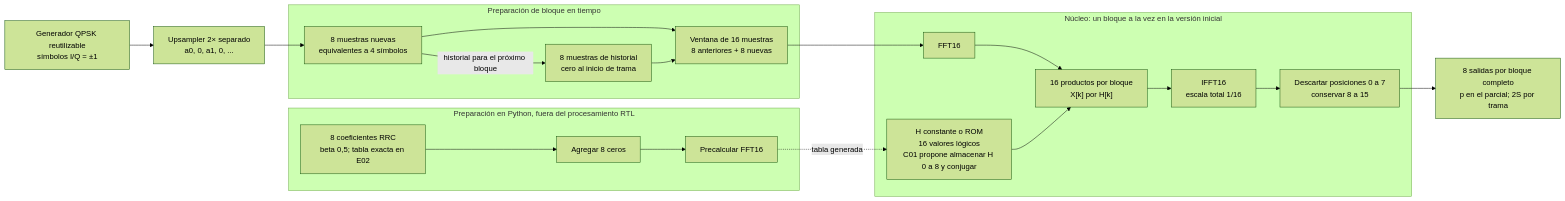
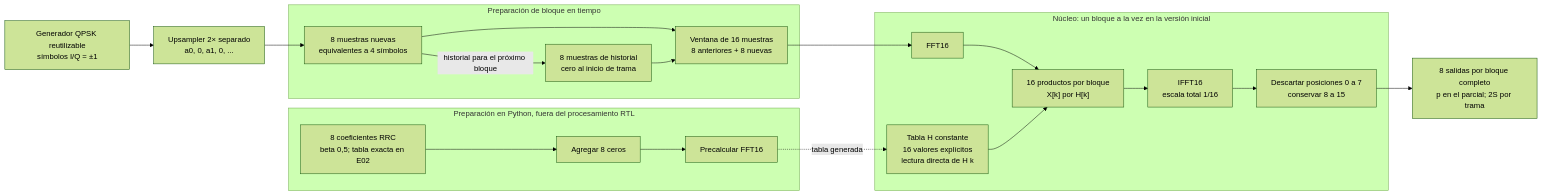
The diagram in docs/frecuencia/general_diagram.md (EnzoFernandezz11/rrc-fir-rtl), drawn with Mermaid (forest theme) before and after one commit. The commit also changed other lines of this file and 4 other files, not shown here.

````diff
--- a/docs/frecuencia/general_diagram.md
+++ b/docs/frecuencia/general_diagram.md
@@ -5,36 +5,36 @@
 ```mermaid
 flowchart LR
     Q["Generador QPSK reutilizable<br/>símbolos I/Q = ±1"]
     UP["Upsampler 2× separado<br/>a0, 0, a1, 0, ..."]
     Q --> UP
 
     subgraph T0["Preparación de bloque en tiempo"]
         NEW["8 muestras nuevas<br/>equivalentes a 4 símbolos"]
         HIST["8 muestras de historial<br/>cero al inicio de trama"]
         WIN["Ventana de 16 muestras<br/>8 anteriores + 8 nuevas"]
         NEW --> WIN
         HIST --> WIN
         NEW -->|historial para el próximo bloque| HIST
     end
     UP --> NEW
 
     subgraph OFF["Preparación en Python, fuera del procesamiento RTL"]
         H["8 coeficientes RRC<br/>beta 0,5; tabla exacta en E02"]
         PAD["Agregar 8 ceros"]
         FH["Precalcular FFT16"]
         H --> PAD --> FH
     end
 
     subgraph CORE["Núcleo: un bloque a la vez en la versión inicial"]
         FX["FFT16"]
-        ROM["H constante o ROM<br/>16 valores lógicos<br/>C01 propone almacenar H 0 a 8 y conjugar"]
+        ROM["Tabla H constante<br/>16 valores explícitos<br/>lectura directa de H k"]
         MUL["16 productos por bloque<br/>X[k] por H[k]"]
         INV["IFFT16<br/>escala total 1/16"]
         SELECT["Descartar posiciones 0 a 7<br/>conservar 8 a 15"]
         FX --> MUL --> INV --> SELECT
         ROM --> MUL
     end
     WIN --> FX
     FH -.->|tabla generada| ROM
     SELECT --> OUT["8 salidas por bloque completo<br/>p en el parcial; 2S por trama"]
 ```
````
